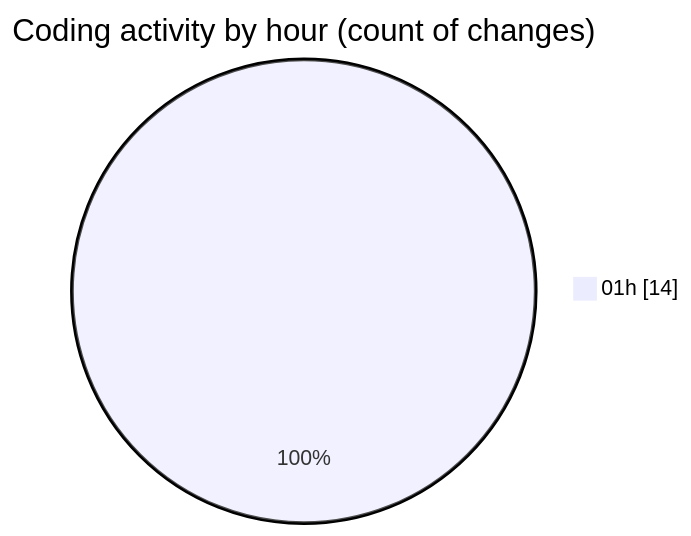
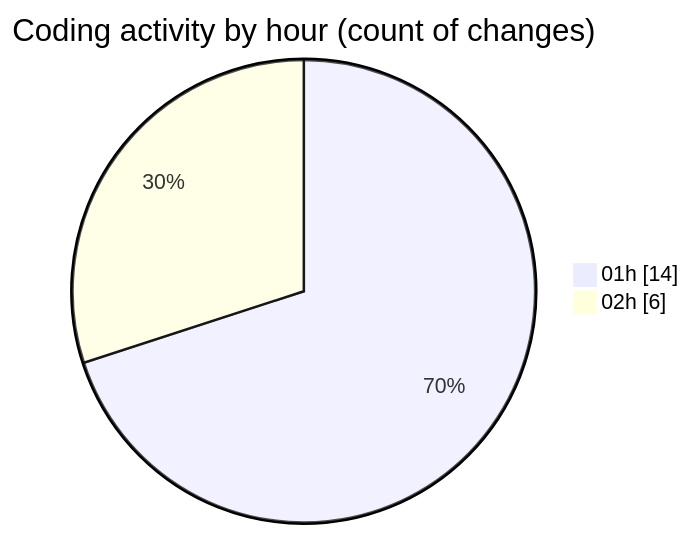
The second of 2 diagrams in 2025-07-13/telebot/README.md (jrari/code-tracking), drawn with Mermaid before and after one commit. The commit also changed other lines of this file and 1 other file, not shown here.

````diff
--- a/2025-07-13/telebot/README.md
+++ b/2025-07-13/telebot/README.md
@@ -39,5 +42,6 @@
 ```mermaid
 pie showData
 title Coding activity by hour (count of changes)
 "01h" : 14
+"02h" : 6
 ```
````
